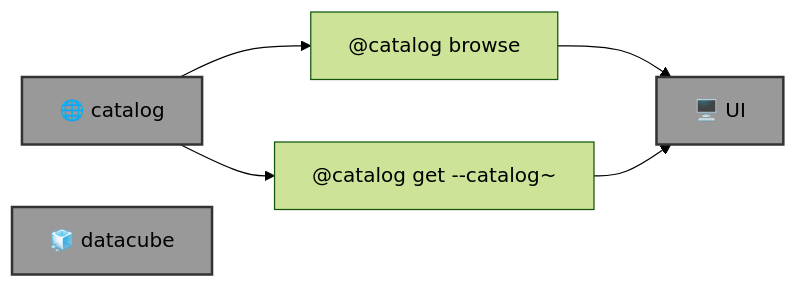
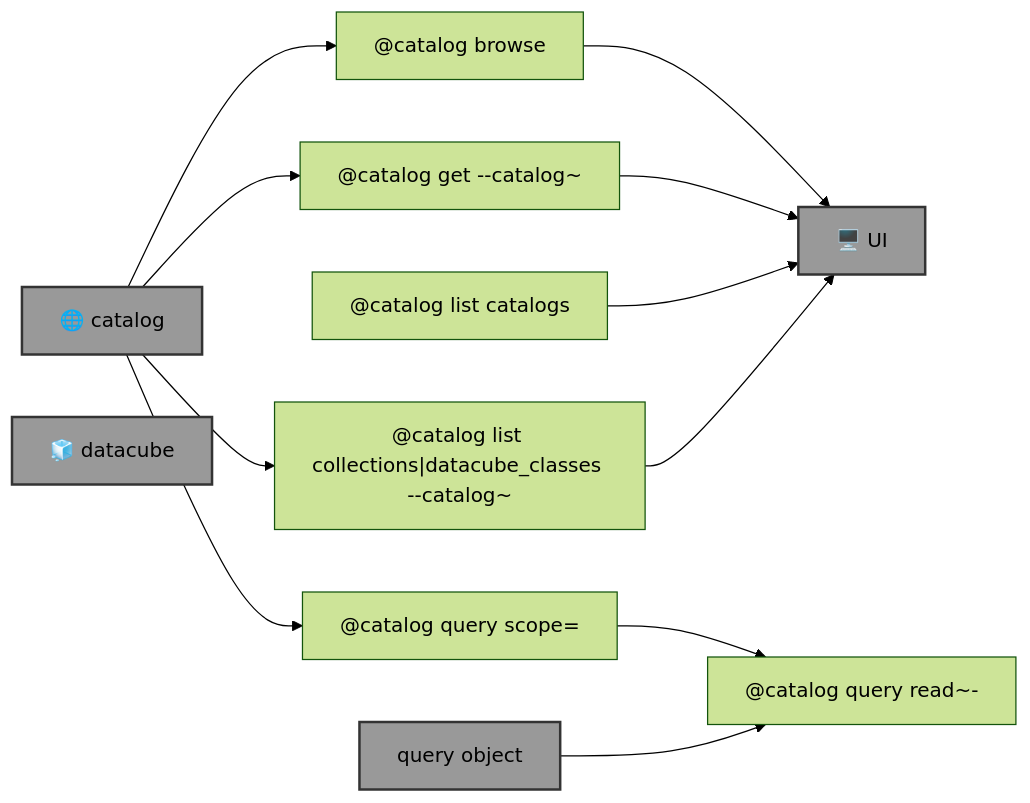
One commit to kamangir/blue-geo changed the diagram in template.md. Above: the diagram before and after it, drawn with Mermaid (forest theme). The commit also changed 3 other files, not shown here.

````diff
--- a/template.md
+++ b/template.md
@@ -9,17 +9,32 @@
 ```mermaid
 graph LR
     catalog_browse["@catalog browse <catalog-name> <resource>"]
     catalog_get["@catalog get <thing> --catalog~<catalog>"]
+    catalog_list_catalogs["@catalog list catalogs"]
+    catalog_list["@catalog list collections|datacube_classes --catalog~<catalog>"]
+    catalog_query["@catalog query <catalog-name> <collection-name> scope=<scope> <query-object-name>"]
+    catalog_query_read["@catalog query read~- <query-object-name>"]
 
     catalog["🌐 catalog"]:::folder
     datacube_id["🧊 datacube"]:::folder
     UI["🖥️ UI"]:::folder
+    query_object["query object"]:::folder
 
     catalog --> catalog_browse
     catalog_browse --> UI
 
     catalog --> catalog_get
     catalog_get --> UI
 
+    catalog_list_catalogs --> UI
+
+    catalog --> catalog_list
+    catalog_list --> UI
+
+    catalog --> catalog_query
+    catalog_query --> catalog_query_read
+
+    query_object --> catalog_query_read
+
     classDef folder fill:#999,stroke:#333,stroke-width:2px;
 ```
````
